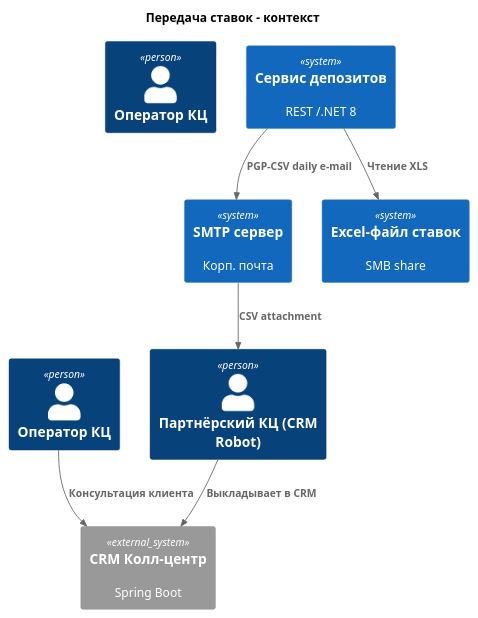
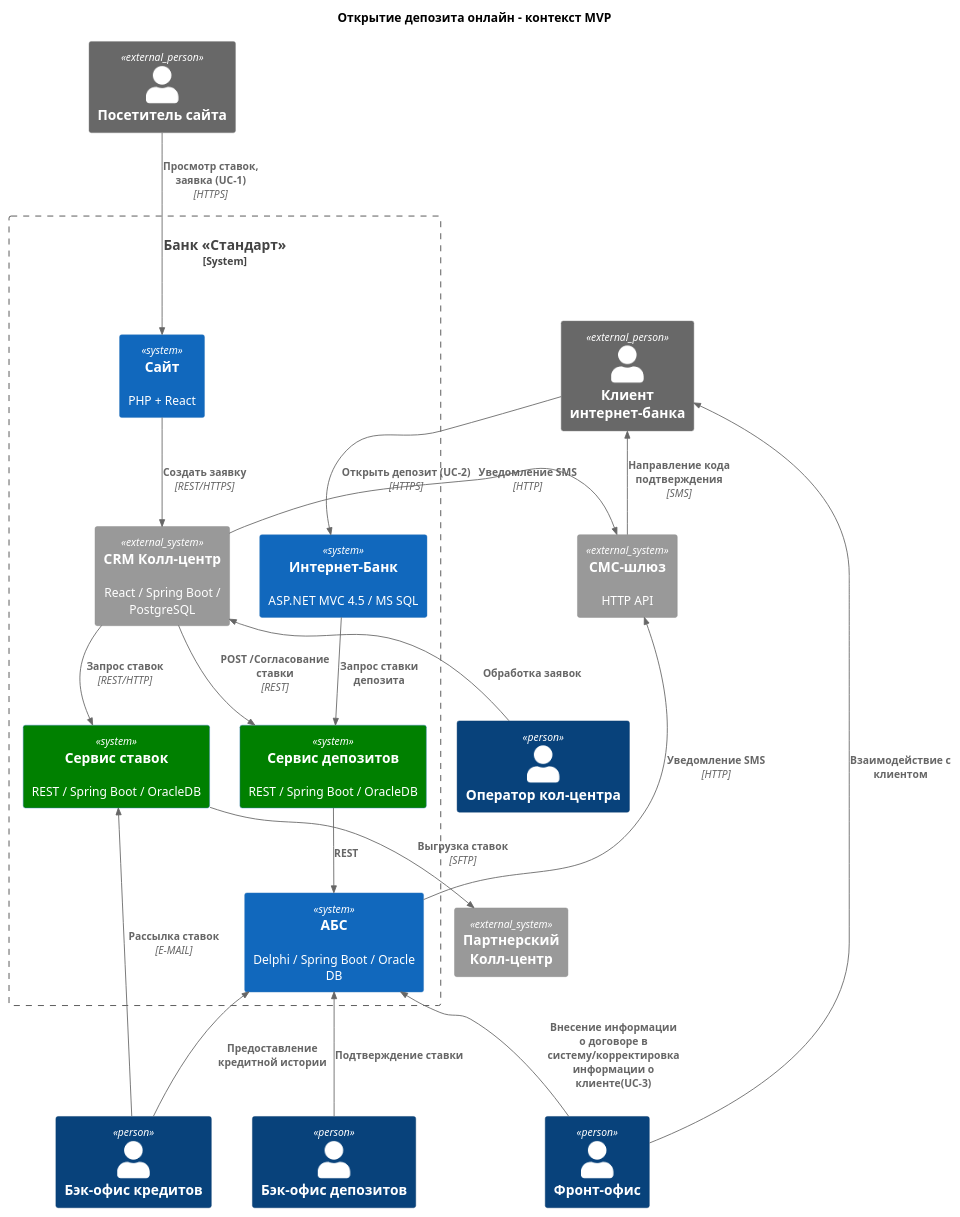
The diagram in Task4/С4_Context.puml (Rzr18/architecture-standart), drawn with PlantUML before and after one commit. The commit also changed 3 other files, not shown here.

Commit message:
Корректировка Task4 diagrams

```diff
--- a/Task4/С4_Context.puml
+++ b/Task4/С4_Context.puml
@@ -1,18 +1,46 @@
-@startuml
-!includeurl https://raw.githubusercontent.com/plantuml-stdlib/C4-PlantUML/master/C4_Context.puml
-title Передача ставок – контекст
+@startuml context
+!include https://raw.githubusercontent.com/plantuml-stdlib/C4-PlantUML/master/C4_Context.puml
+title Открытие депозита онлайн – контекст MVP
 
-Person(credit,  "Оператор КЦ")
-Person(cc_agent,  "Оператор КЦ")
-Person(ext_cc,    "Партнёрский КЦ (CRM Robot)")
-System(deposit_api, "Сервис депозитов", "REST /.NET 8")
-System_Ext(crm,   "CRM Колл-центр", "Spring Boot")
-System(mail,  "SMTP сервер", "Корп. почта")
-System(abs_rates, "Excel-файл ставок", "SMB share")
+Person(cc_agent,"Оператор кол-центра")
+Person_Ext(visitor, "Посетитель сайта")
+Person_Ext(client,  "Клиент интернет-банка")
 
-Rel(cc_agent, crm,           "Консультация клиента")
-Rel(ext_cc,      crm,   "Выкладывает в CRM")
-Rel(deposit_api, abs_rates,  "Чтение XLS")
-Rel(deposit_api, mail,       "PGP-CSV daily e-mail")
-Rel(mail,     ext_cc,        "CSV attachment")
+Person(fo_dep,  "Фронт-офис")
+Person(bo_dep,  "Бэк-офис депозитов")
+Person(bo_cred,  "Бэк-офис кредитов")
+
+System_Ext(sms,     "СМС-шлюз", "HTTP API")
+System_Ext(extCC,     "Партнерский Колл-центр")
+
+System_Boundary(bank, "Банк «Стандарт»") {
+
+  System(ib,          "Интернет-Банк", "ASP.NET MVC 4.5 / MS SQL")
+  System(site,    "Сайт", "PHP + React")
+  System_Ext(crm,     "CRM Колл-центр", "React / Spring Boot / PostgreSQL")
+  System(deposit_api, "Сервис депозитов", "REST / Spring Boot / OracleDB") #green
+
+  System(rates_api, "Сервис ставок", "REST / Spring Boot / OracleDB") #green
+
+  System(abs, "АБС", "Delphi / Spring Boot / Oracle DB") 
+}
+
+Rel_D(visitor,   site,        "Просмотр ставок, заявка (UC-1)", "HTTPS")
+Rel(site,      crm,         "Создать заявку",                    "REST/HTTPS")
+Rel(crm,      rates_api,         "Запрос ставок",                    "REST/HTTP")
+Rel(rates_api,   extCC,       "Выгрузка ставок",                    "SFTP")
+Rel_U(cc_agent,  crm,         "Обработка заявок")
+Rel(crm,       deposit_api, "POST /Согласование ставки",      "REST")
+Rel_D(client,    ib,          "Открыть депозит (UC-2)",         "HTTPS")
+Rel_D(ib,        deposit_api, "Запрос ставки депозита")
+Rel(deposit_api, abs,   "REST")
+Rel_U(bo_dep,    abs,     "Подтверждение ставки")
+Rel_U(bo_cred,    abs,     "Предоставление кредитной истории")
+Rel_U(bo_cred,    rates_api,     "Рассылка ставок", "E-MAIL")
+Rel_U(fo_dep,    abs,     "Внесение информации о договоре в систему/корректировка информации о клиенте(UC-3)")
+Rel_U(fo_dep,    client,     "Взаимодействие с клиентом")
+Rel_L(abs,   sms,         "Уведомление SMS",                "HTTP")
+Rel_L(crm,   sms,         "Уведомление SMS",                "HTTP")
+Rel_U(sms,   client,          "Направление кода подтверждения",                "SMS")
+
 @enduml
```
